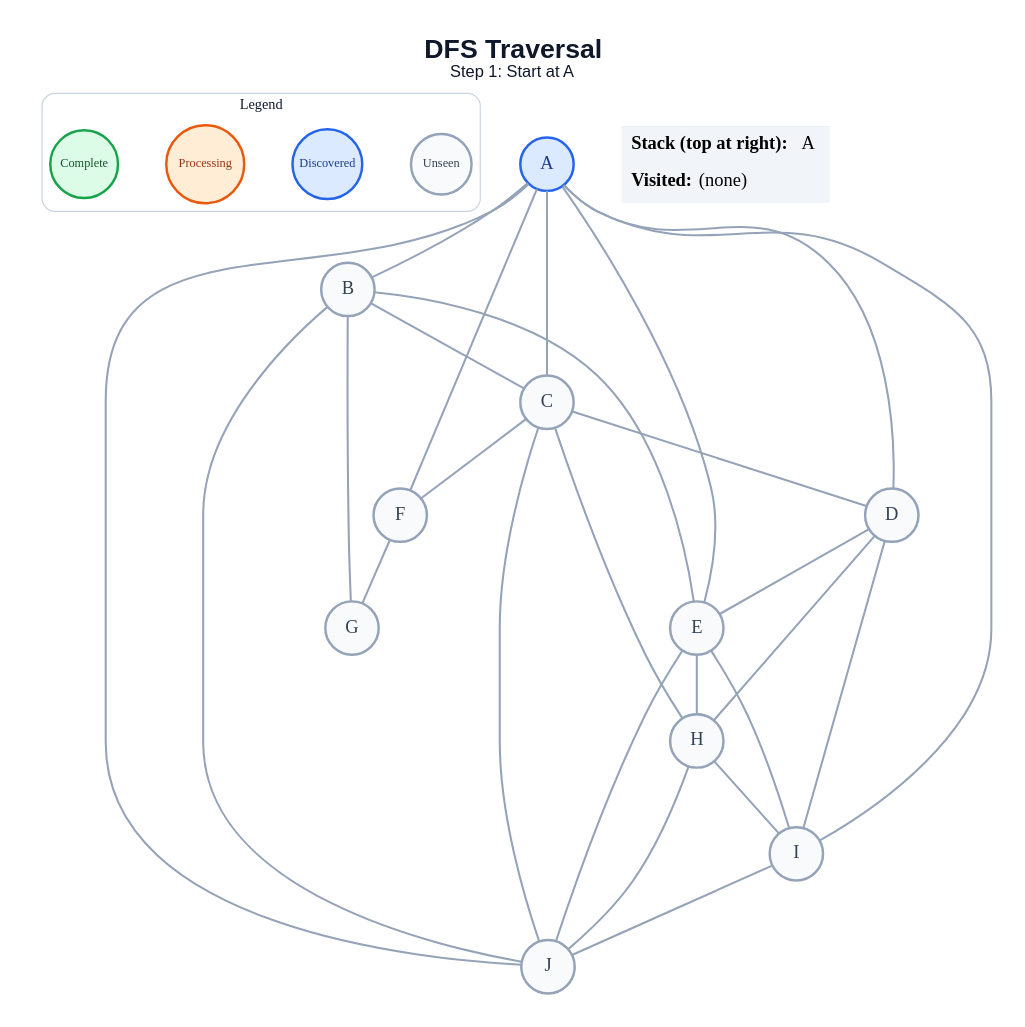
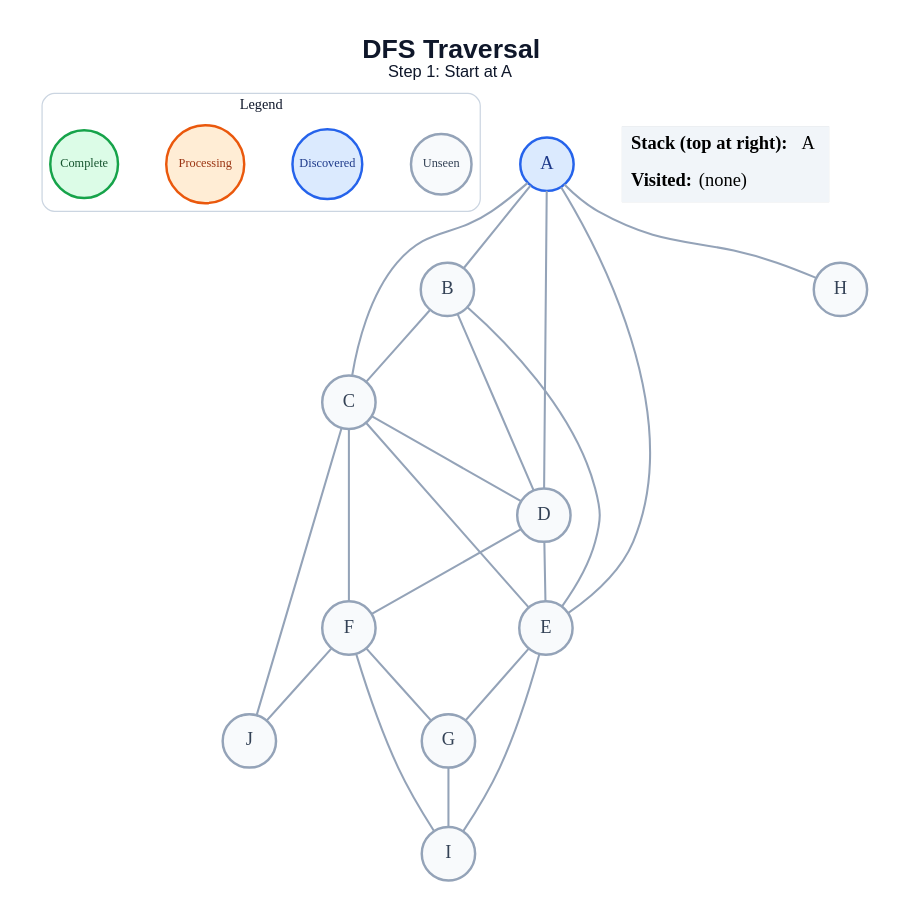
The diagram in generated/dfs/step_01.dot (amanghodawala9/ai-slop), drawn with Graphviz before and after one commit. The commit also changed 178 other files, not shown here.

```diff
--- a/generated/dfs/step_01.dot
+++ b/generated/dfs/step_01.dot
@@ -1,54 +1,49 @@
 graph traversal {
   graph [layout=dot, rankdir=TB, bgcolor="#FFFFFF", pad="0.35", nodesep="0.65", ranksep="0.8", fontname="Arial"];
   node [shape=circle, style="filled", fontname="Arial Bold", fontsize=18, width=0.72, fixedsize=true, penwidth=2.4];
   edge [color="#94A3B8", penwidth=2.0];
   label=<<B>DFS Traversal</B><BR/><FONT POINT-SIZE="16">Step 1: Start at A</FONT>>; labelloc="t"; fontsize=26; fontname="Arial"; fontcolor="#0F172A";
   subgraph cluster_legend { label="Legend"; color="#CBD5E1"; penwidth=1.2; style="rounded"; fontsize=14; fontname="Arial Bold";
     key_unseen [label="Unseen", fillcolor="#F8FAFC", color="#94A3B8", fontcolor="#334155", fontsize=12, width=0.82];
     key_frontier [label="Discovered", fillcolor="#DBEAFE", color="#2563EB", fontcolor="#1E3A8A", fontsize=12, width=0.95];
     key_current [label="Processing", fillcolor="#FFEDD5", color="#EA580C", fontcolor="#9A3412", fontsize=12, width=1.05];
     key_done [label="Complete", fillcolor="#DCFCE7", color="#16A34A", fontcolor="#14532D", fontsize=12, width=0.92];
     { rank=same; key_unseen; key_frontier; key_current; key_done; }
   }
   A [fillcolor="#DBEAFE", color="#2563EB", fontcolor="#1E3A8A"];
   B [fillcolor="#F8FAFC", color="#94A3B8", fontcolor="#334155"];
   C [fillcolor="#F8FAFC", color="#94A3B8", fontcolor="#334155"];
   D [fillcolor="#F8FAFC", color="#94A3B8", fontcolor="#334155"];
   E [fillcolor="#F8FAFC", color="#94A3B8", fontcolor="#334155"];
   F [fillcolor="#F8FAFC", color="#94A3B8", fontcolor="#334155"];
   G [fillcolor="#F8FAFC", color="#94A3B8", fontcolor="#334155"];
   H [fillcolor="#F8FAFC", color="#94A3B8", fontcolor="#334155"];
   I [fillcolor="#F8FAFC", color="#94A3B8", fontcolor="#334155"];
   J [fillcolor="#F8FAFC", color="#94A3B8", fontcolor="#334155"];
   A -- B;
   A -- C;
   A -- D;
   A -- E;
-  A -- F;
-  A -- I;
-  A -- J;
+  A -- H;
   B -- C;
+  B -- D;
   B -- E;
-  B -- G;
-  B -- J;
   C -- D;
+  C -- E;
   C -- F;
-  C -- H;
   C -- J;
   D -- E;
-  D -- H;
-  D -- I;
-  E -- H;
+  D -- F;
+  E -- G;
   E -- I;
-  E -- J;
   F -- G;
-  H -- I;
-  H -- J;
-  I -- J;
+  F -- I;
+  F -- J;
+  G -- I;
   status [shape=plain, fixedsize=false, width=0, height=0, margin=0, label=<
     <TABLE BORDER="0" CELLBORDER="0" CELLPADDING="7" BGCOLOR="#F1F5F9">
       <TR><TD ALIGN="LEFT"><B>Stack (top at right):</B> A</TD></TR>
       <TR><TD ALIGN="LEFT"><B>Visited:</B> (none)</TD></TR>
     </TABLE>
   >];
 }
```
